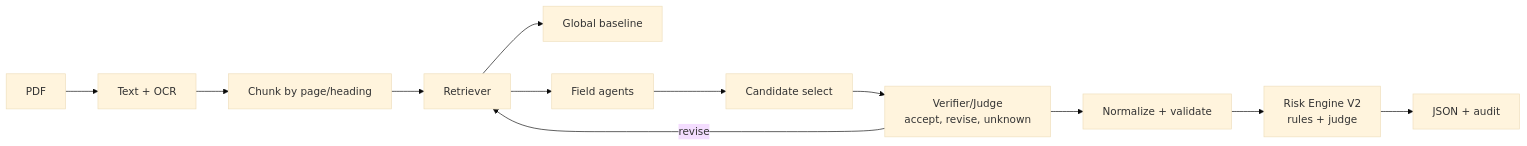
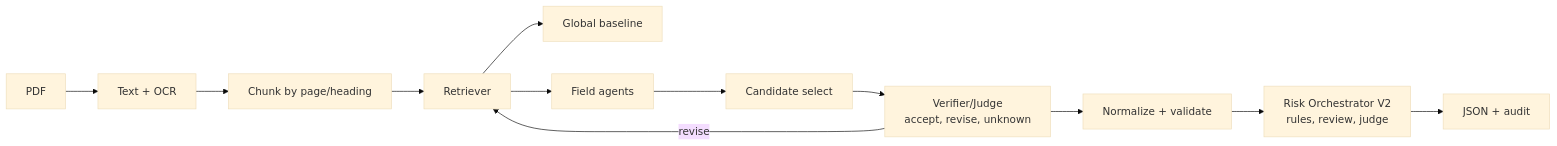
The first of 3 diagrams in README.md (616xold/contractFlow), drawn with Mermaid (base theme) before and after one commit. The commit also changed other lines of this file and 17 other files, not shown here.

````diff
--- a/README.md
+++ b/README.md
@@ -36,14 +36,14 @@
 ```mermaid
 flowchart LR
     A[PDF] --> B[Text + OCR]
     B --> C[Chunk by page/heading]
     C --> D[Retriever]
     D --> E[Global baseline]
     D --> F[Field agents]
     F --> G[Candidate select]
     G --> H[Verifier/Judge<br/>accept, revise, unknown]
     H -->|revise| D
     H --> I[Normalize + validate]
-    I --> J[Risk Engine V2<br/>rules + judge]
+    I --> J[Risk Orchestrator V2<br/>rules, review, judge]
     J --> K[JSON + audit]
 ```
````
